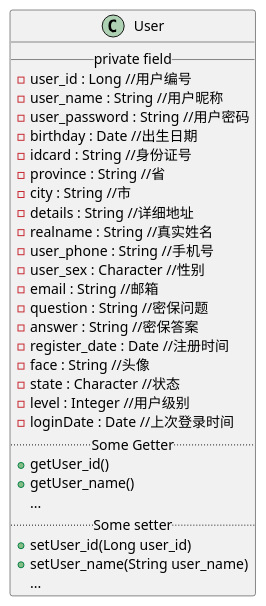
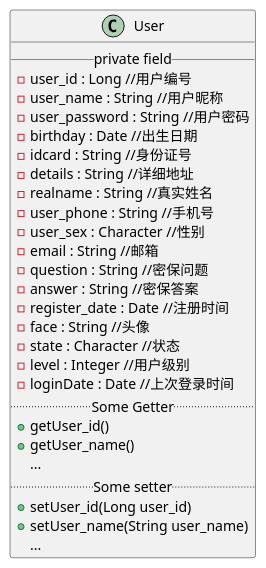
One commit to xiaokangxxs/notebook changed the first of 30 diagrams in docs/UML/plantuml.md. Above: the diagram before and after it, drawn with PlantUML. The commit also changed other lines of this file and 5 other files, not shown here.

````diff
--- a/docs/UML/plantuml.md
+++ b/docs/UML/plantuml.md
@@ -6,36 +6,34 @@
 ```plantuml
 @startuml
 
 class User {
 __ private field __
  -user_id : Long //用户编号
  -user_name : String //用户昵称
  -user_password : String //用户密码
  -birthday : Date //出生日期
  -idcard : String //身份证号
- -province : String //省
- -city : String //市
  -details : String //详细地址
  -realname : String //真实姓名
  -user_phone : String //手机号
  -user_sex : Character //性别
  -email : String //邮箱
  -question : String //密保问题
  -answer : String //密保答案
  -register_date : Date //注册时间
  -face : String //头像
  -state : Character //状态
  -level : Integer //用户级别
  -loginDate : Date //上次登录时间
 .. Some Getter ..
   + getUser_id()
   + getUser_name()
   ...
 .. Some setter ..
   + setUser_id(Long user_id)
   + setUser_name(String user_name)
   ...
 }
 
 @enduml
 ```
````
